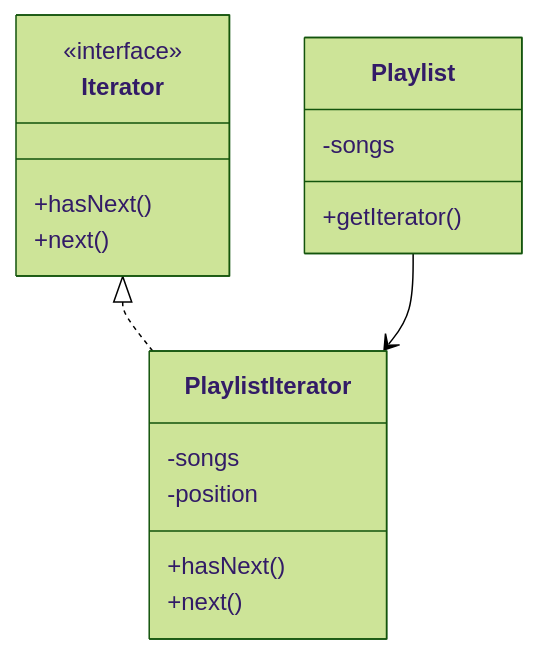
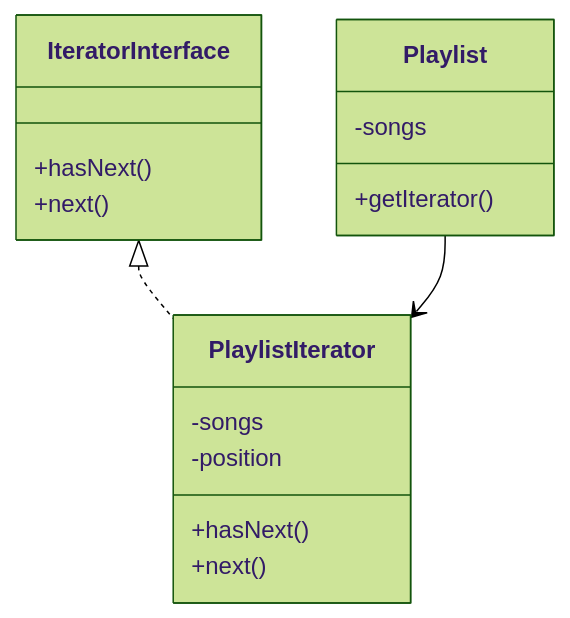
One commit to gojosatoru123-ux/CacheU changed the fourth of 7 diagrams in src/content/lld-iterator-design-pattern.md. Above: the diagram before and after it, drawn with Mermaid (forest theme). The commit also changed other lines of this file and 21 other files, not shown here.

````diff
--- a/src/content/lld-iterator-design-pattern.md
+++ b/src/content/lld-iterator-design-pattern.md
@@ -383,24 +383,23 @@
 ```mermaid
 classDiagram
 
-class Iterator {
-    <<interface>>
+class IteratorInterface {
     +hasNext()
     +next()
 }
 
 class PlaylistIterator {
     -songs
     -position
     +hasNext()
     +next()
 }
 
 class Playlist {
     -songs
     +getIterator()
 }
 
-Iterator <|.. PlaylistIterator
+IteratorInterface <|.. PlaylistIterator
 Playlist --> PlaylistIterator
 ```
````
